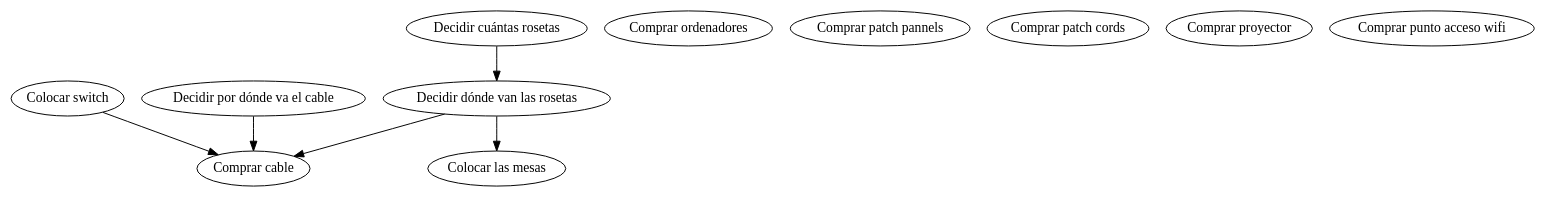
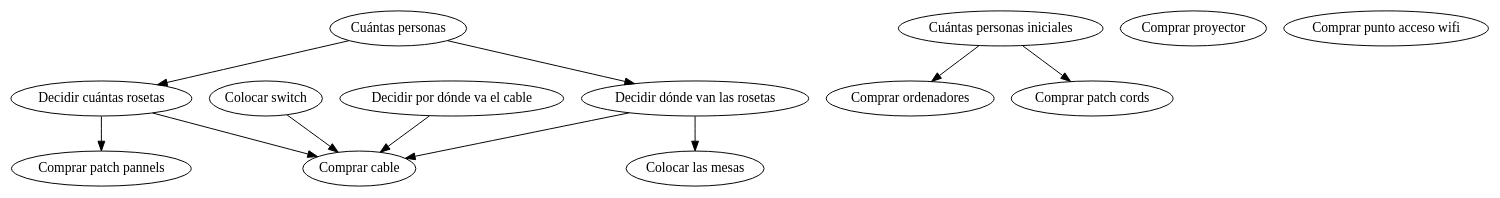
The diagram in planificacion-administracion-redes-asir1/apuntes/2/par-2-practica-cableado-oficina.org (overdrive80/apuntes-clase), drawn with Graphviz before and after one commit. The commit also changed 1 other file, not shown here.

Commit message:
mejorada secuencia práctica cableado

```diff
--- a/planificacion-administracion-redes-asir1/apuntes/2/par-2-practica-cableado-oficina.org
+++ b/planificacion-administracion-redes-asir1/apuntes/2/par-2-practica-cableado-oficina.org
@@ -4,25 +4,27 @@
 #+BEGIN_SRC dot :file ./media/tareas-en-la-practica.pdf :exports results :cmd dot :cmdline -Tpdf
 digraph {
   compound=true
   label=""
   node [shape="ellipse",margin=0]
 
-  
+
+  "Cuántas personas" ->   "Decidir cuántas rosetas"
+  "Cuántas personas" -> "Decidir dónde van las rosetas"
   "Comprar cable"
   "Colocar las mesas"
-  "Comprar ordenadores"
+  "Cuántas personas iniciales" -> "Comprar ordenadores"
   "Colocar switch" -> "Comprar cable"
   "Decidir dónde van las rosetas" -> "Comprar cable"
   "Decidir por dónde va el cable" -> "Comprar cable"
   "Decidir dónde van las rosetas" -> "Colocar las mesas"
-  "Decidir cuántas rosetas" -> "Decidir dónde van las rosetas"
-  "Comprar patch pannels"
-  "Comprar patch cords"
+  "Decidir cuántas rosetas" -> "Comprar cable"
+  "Decidir cuántas rosetas" -> "Comprar patch pannels"
+  "Cuántas personas iniciales" -> "Comprar patch cords"
   "Comprar proyector"
   "Comprar punto acceso wifi"
                 
 
                 
 }
 
 #+end_src
```
